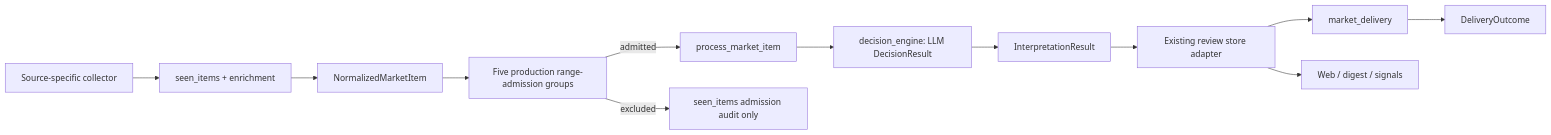
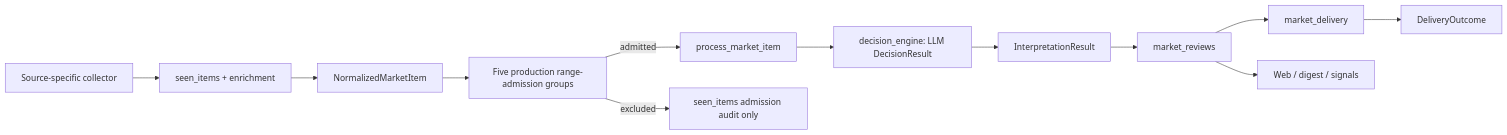
The diagram in docs/architecture-flow.md (Stayfoool/MarketPulseWire), drawn with Mermaid before and after one commit. The commit also changed other lines of this file and 41 other files, not shown here.

Commit message:
Remove retired result table schema (#242)

````diff
--- a/docs/architecture-flow.md
+++ b/docs/architecture-flow.md
@@ -23,14 +23,14 @@
 ```mermaid
 flowchart LR
     Source["Source-specific collector"] --> Enrichment["seen_items + enrichment"]
     Enrichment --> Item["NormalizedMarketItem"]
     Item --> Admission["Five production range-admission groups"]
     Admission -->|admitted| Runtime["process_market_item"]
     Admission -->|excluded| Seen["seen_items admission audit only"]
     Runtime --> Decision["decision_engine: LLM DecisionResult"]
     Decision --> Interpretation["InterpretationResult"]
-    Interpretation --> Store["Existing review store adapter"]
+    Interpretation --> Store["market_reviews"]
     Store --> Delivery["market_delivery"]
     Store --> View["Web / digest / signals"]
     Delivery --> Outcome["DeliveryOutcome"]
 ```
````
